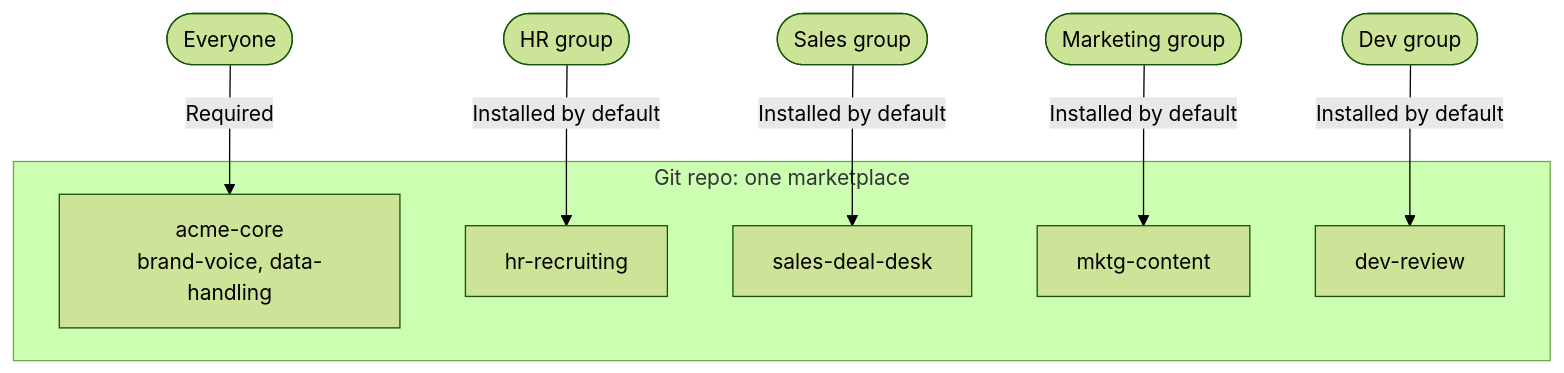
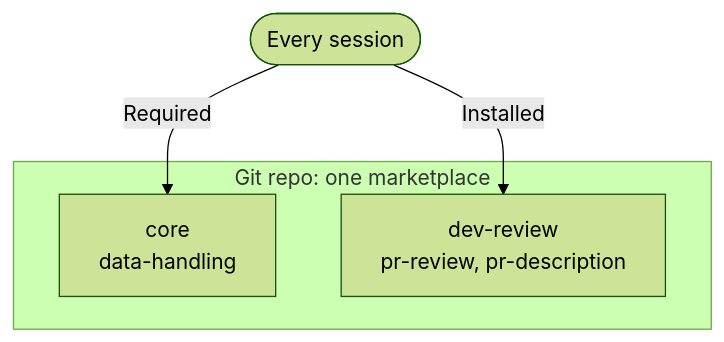
One commit to JosephSearle/personal-claude-plugins changed the diagram in README.md. Above: the diagram before and after it, drawn with Mermaid (forest theme). The commit also changed other lines of this file and 19 other files, not shown here.

````diff
--- a/README.md
+++ b/README.md
@@ -40,15 +49,9 @@
 ```mermaid
 flowchart TB
     subgraph repo["Git repo: one marketplace"]
-        core["acme-core<br/>brand-voice, data-handling"]
-        hr["hr-recruiting"]
-        sales["sales-deal-desk"]
-        mktg["mktg-content"]
-        dev["dev-review"]
+        core["core<br/>data-handling"]
+        dev["dev-review<br/>pr-review, pr-description"]
     end
-    all(["Everyone"]) -->|Required| core
-    g1(["HR group"]) -->|Installed by default| hr
-    g2(["Sales group"]) -->|Installed by default| sales
-    g3(["Marketing group"]) -->|Installed by default| mktg
-    g4(["Dev group"]) -->|Installed by default| dev
+    all(["Every session"]) -->|Required| core
+    all -->|Installed| dev
 ```
````
